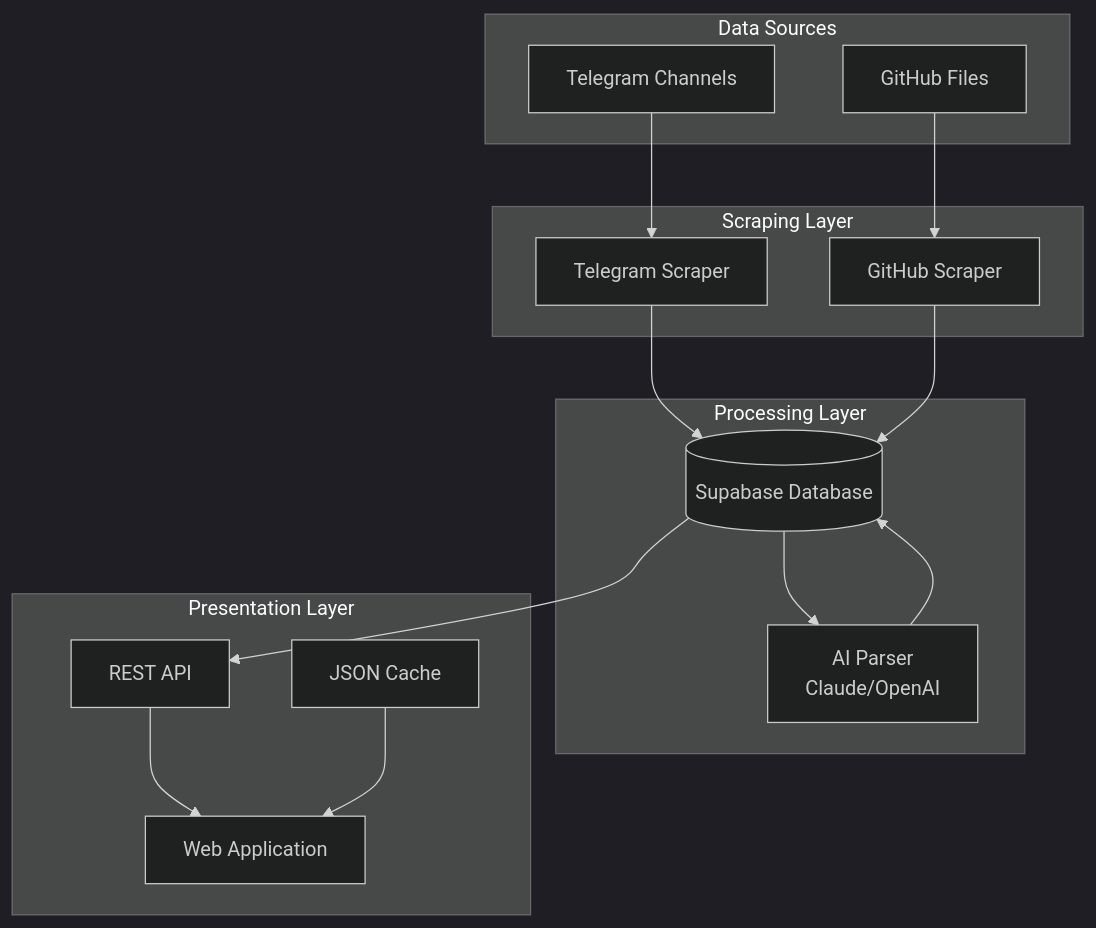
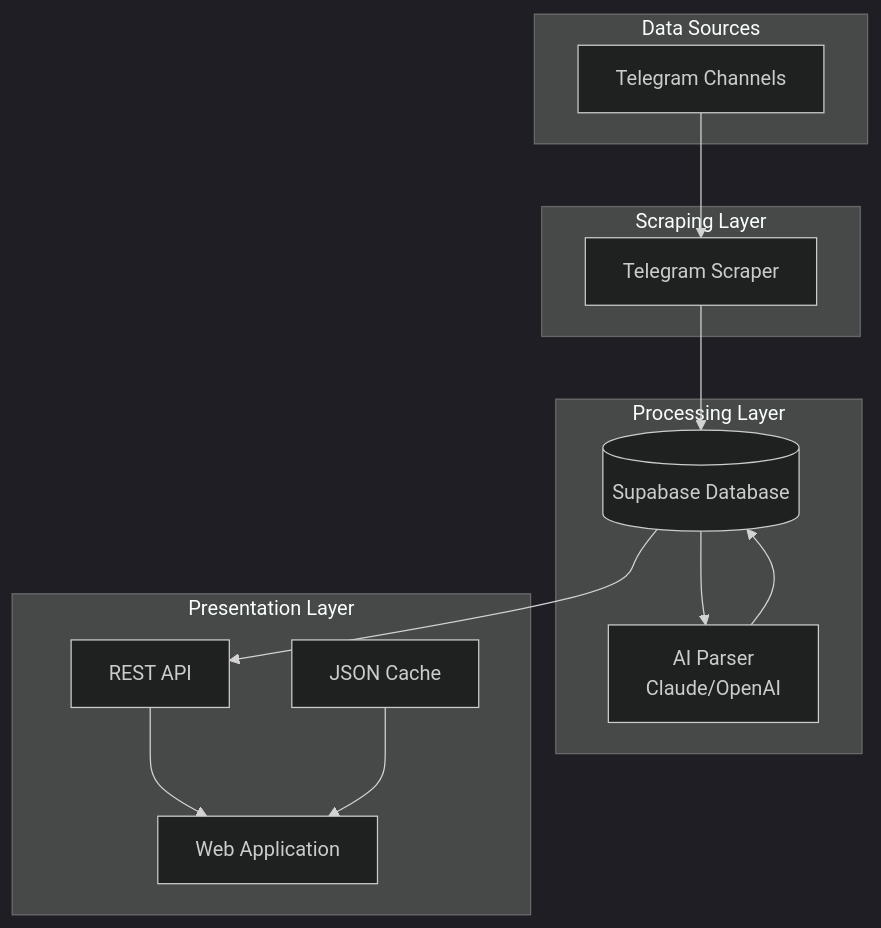
Before and after one commit to Ducky705/Live-Pick-Scraper: the second of 2 diagrams in README.md, drawn with Mermaid (dark theme). The commit also changed other lines of this file, not shown here.

Commit message:
docs: update README graphs and documentation to remove GitHub scraper

````diff
--- a/README.md
+++ b/README.md
@@ -60,33 +58,29 @@
 ```mermaid
 graph TB
     subgraph "Data Sources"
         T[Telegram Channels]
-        GH[GitHub Files]
     end
 
     subgraph "Scraping Layer"
         TS[Telegram Scraper]
-        GHS[GitHub Scraper]
     end
 
     subgraph "Processing Layer"
         AI[AI Parser<br/>Claude/OpenAI]
         DB[(Supabase Database)]
     end
 
     subgraph "Presentation Layer"
         WA[Web Application]
         API[REST API]
         CACHE[JSON Cache]
     end
 
     T --> TS
-    GH --> GHS
     TS --> DB
-    GHS --> DB
     DB --> AI
     AI --> DB
     DB --> API
     API --> WA
     CACHE --> WA
 ```
````
